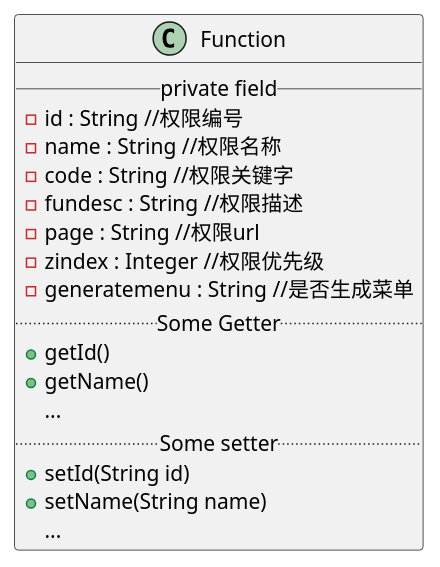
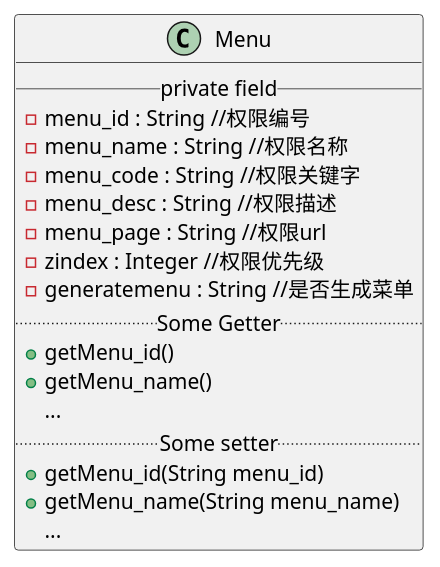
One commit to xiaokangxxs/notebook changed the seventh of 30 diagrams in docs/UML/plantuml.md. Above: the diagram before and after it, drawn with PlantUML. The commit also changed other lines of this file and 2 other files, not shown here.

Commit message:
update hadoop-ha and update familyaccount-plantuml

````diff
--- a/docs/UML/plantuml.md
+++ b/docs/UML/plantuml.md
@@ -155,24 +144,24 @@
 ```plantuml
 @startuml
 
-class Function {
+class Menu {
 __ private field __
- -id : String //权限编号
- -name : String //权限名称
- -code : String //权限关键字
- -fundesc : String //权限描述
- -page : String //权限url
+ -menu_id : String //权限编号
+ -menu_name : String //权限名称
+ -menu_code : String //权限关键字
+ -menu_desc : String //权限描述
+ -menu_page : String //权限url
  -zindex : Integer //权限优先级
  -generatemenu : String //是否生成菜单
 .. Some Getter ..
-  + getId()
-  + getName()
+  + getMenu_id()
+  + getMenu_name()
   ...
 .. Some setter ..
-  + setId(String id)
-  + setName(String name)
+  + getMenu_id(String menu_id)
+  + getMenu_name(String menu_name)
   ...
 }
 
 @enduml
 ```
````
